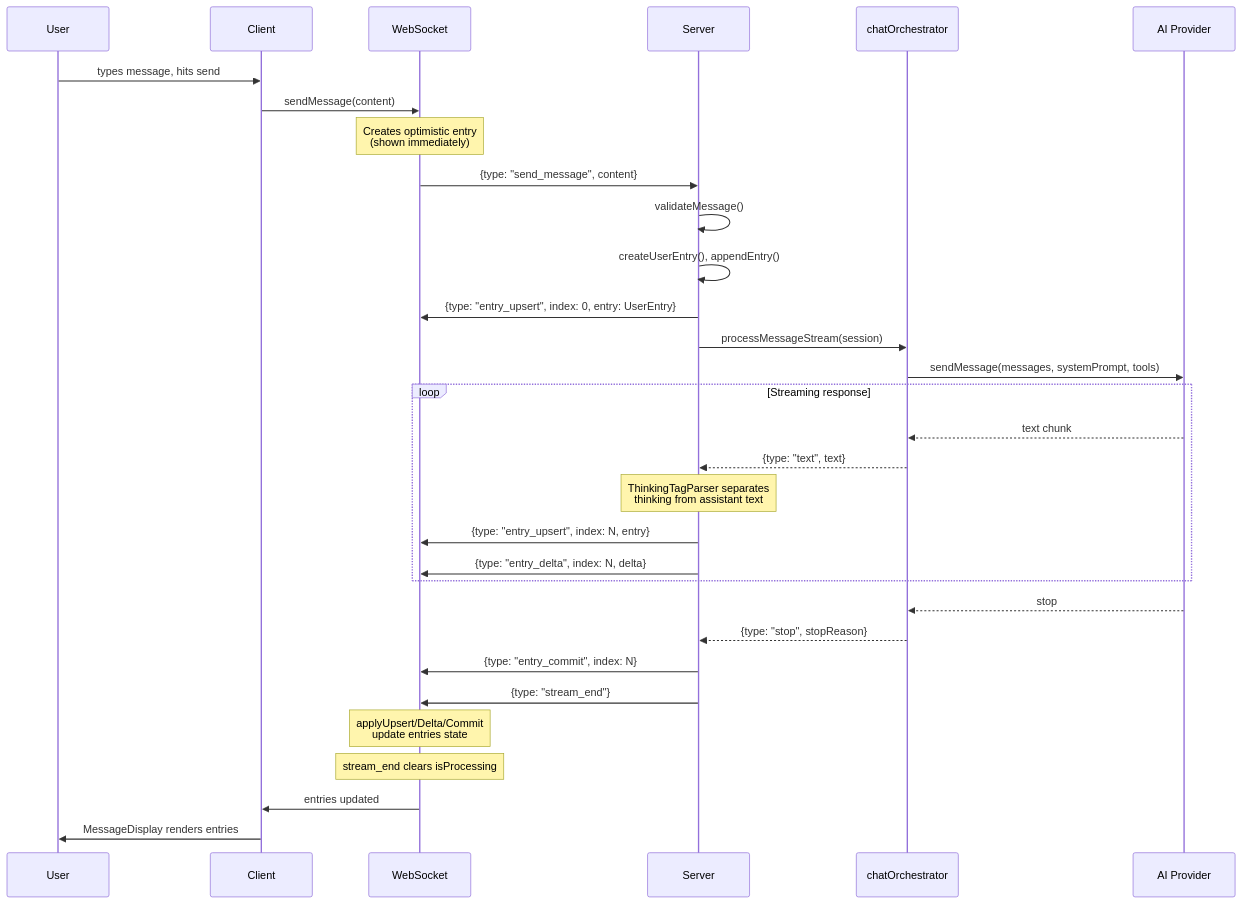
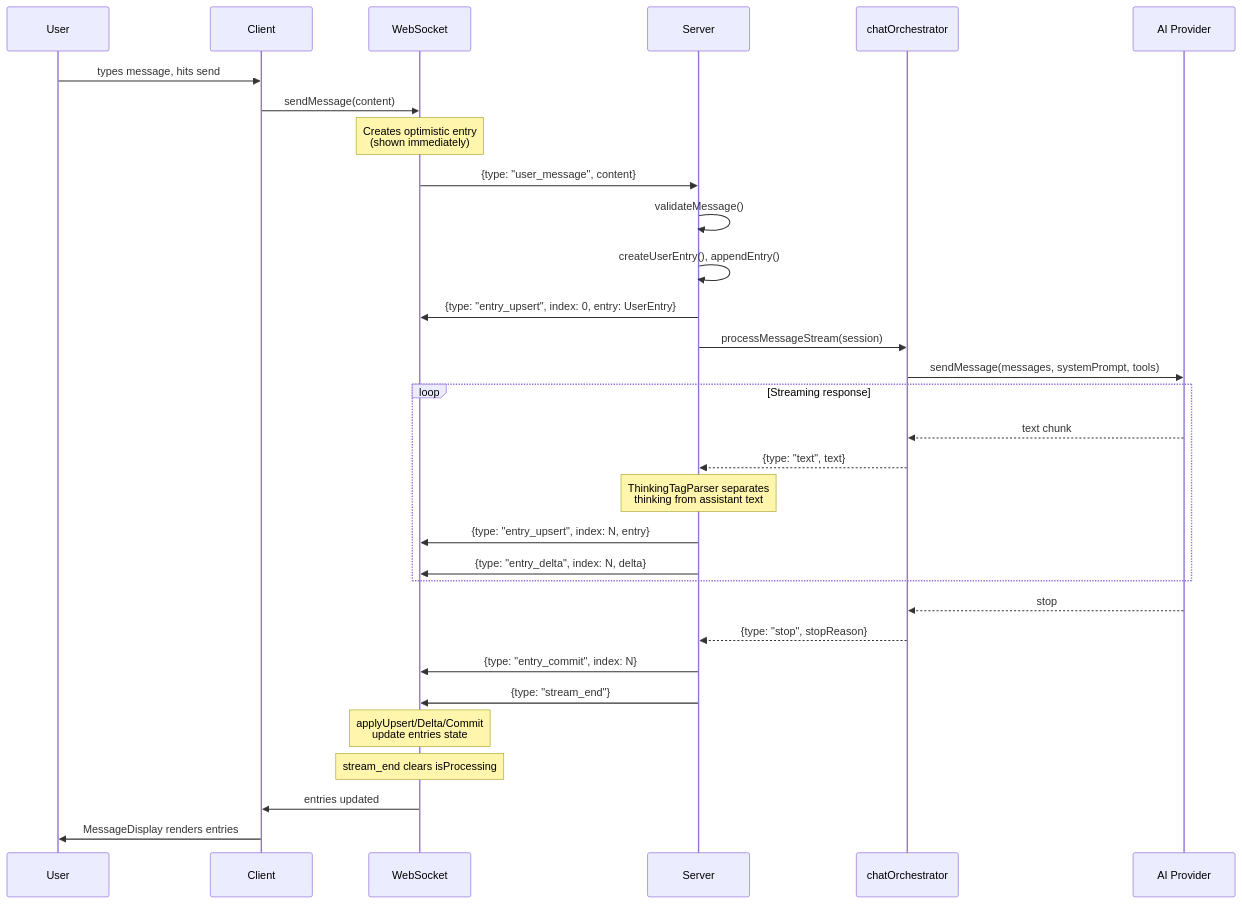
One commit to re-cinq/HALEngine changed the second of 3 diagrams in specs/hal-engine-architecture/spec.md. Above: the diagram before and after it, drawn with Mermaid. The commit also changed 10 other files, not shown here.

First line of the commit message:
feat(transport): drop the send_message wire alias

````diff
--- a/specs/hal-engine-architecture/spec.md
+++ b/specs/hal-engine-architecture/spec.md
@@ -213,39 +213,39 @@
 ```mermaid
 sequenceDiagram
     participant U as User
     participant CC as Client
     participant WS as WebSocket
     participant S as Server
     participant CO as chatOrchestrator
     participant AI as AI Provider
 
     U->>CC: types message, hits send
     CC->>WS: sendMessage(content)
     Note over WS: Creates optimistic entry<br/>(shown immediately)
-    WS->>S: {type: "send_message", content}
+    WS->>S: {type: "user_message", content}
 
     S->>S: validateMessage()
     S->>S: createUserEntry(), appendEntry()
     S->>WS: {type: "entry_upsert", index: 0, entry: UserEntry}
 
     S->>CO: processMessageStream(session)
     CO->>AI: sendMessage(messages, systemPrompt, tools)
 
     loop Streaming response
         AI-->>CO: text chunk
         CO-->>S: {type: "text", text}
         Note over S: ThinkingTagParser separates<br/>thinking from assistant text
         S->>WS: {type: "entry_upsert", index: N, entry}
         S->>WS: {type: "entry_delta", index: N, delta}
     end
 
     AI-->>CO: stop
     CO-->>S: {type: "stop", stopReason}
     S->>WS: {type: "entry_commit", index: N}
     S->>WS: {type: "stream_end"}
 
     Note over WS: applyUpsert/Delta/Commit<br/>update entries state
     Note over WS: stream_end clears isProcessing
     WS->>CC: entries updated
     CC->>U: MessageDisplay renders entries
 ```
````
